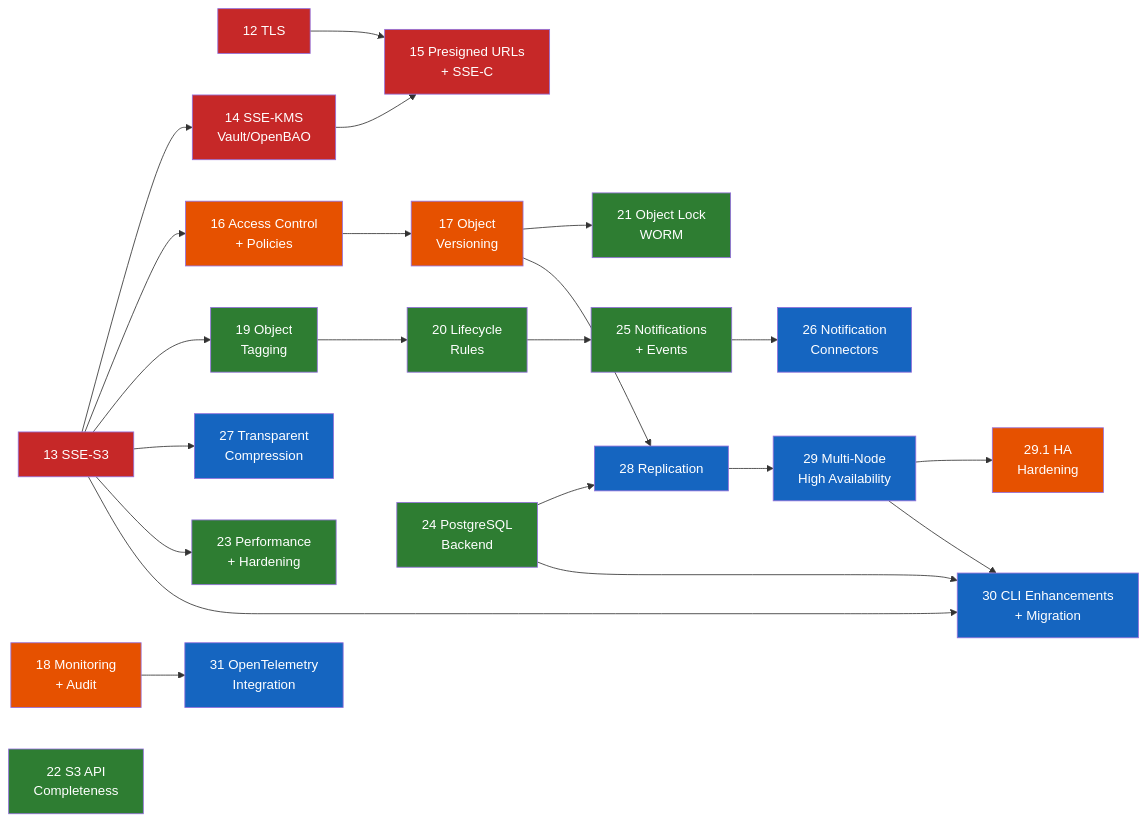
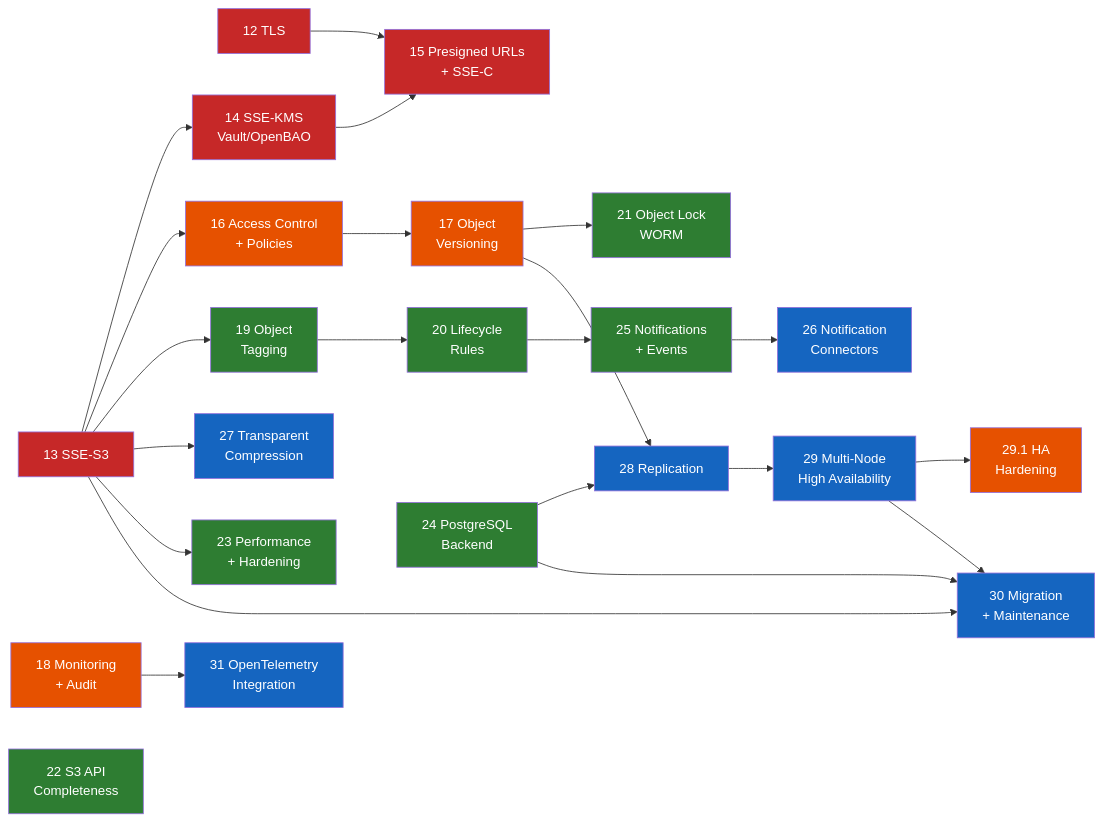
One commit to dxc-technology/arca changed the diagram in documentation/docs/roadmap.md. Above: the diagram before and after it, drawn with Mermaid. The commit also changed other lines of this file and 35 other files, not shown here.

First line of the commit message:
Phase 30 M5 (docs): roadmap, guides, admin API ref, README test table

````diff
--- a/documentation/docs/roadmap.md
+++ b/documentation/docs/roadmap.md
@@ -75,48 +75,48 @@
 ```mermaid
 graph LR
     12["12 TLS"] --> 15["15 Presigned URLs\n+ SSE-C"]
     13["13 SSE-S3"] --> 14["14 SSE-KMS\nVault/OpenBAO"]
     14 --> 15
     13 --> 16["16 Access Control\n+ Policies"]
     13 --> 19["19 Object\nTagging"]
     19 --> 20["20 Lifecycle\nRules"]
     16 --> 17["17 Object\nVersioning"]
     17 --> 21["21 Object Lock\nWORM"]
     20 --> 25["25 Notifications\n+ Events"]
     25 --> 26["26 Notification\nConnectors"]
     13 --> 27["27 Transparent\nCompression"]
     17 --> 28["28 Replication"]
     13 --> 23["23 Performance\n+ Hardening"]
     24["24 PostgreSQL\nBackend"] --> 28
     28 --> 29["29 Multi-Node\nHigh Availability"]
     29 --> H291["29.1 HA\nHardening"]
-    29 --> 30["30 CLI Enhancements\n+ Migration"]
+    29 --> 30["30 Migration\n+ Maintenance"]
     13 --> 30
     24 --> 30
     18 --> 31["31 OpenTelemetry\nIntegration"]
 
     style 12 fill:#c62828,color:#fff
     style 13 fill:#c62828,color:#fff
     style 14 fill:#c62828,color:#fff
     style 15 fill:#c62828,color:#fff
     style 16 fill:#e65100,color:#fff
     style 17 fill:#e65100,color:#fff
     style 18 fill:#e65100,color:#fff
     style 19 fill:#2e7d32,color:#fff
     style 20 fill:#2e7d32,color:#fff
     style 21 fill:#2e7d32,color:#fff
     style 22 fill:#2e7d32,color:#fff
     style 23 fill:#2e7d32,color:#fff
     style 24 fill:#2e7d32,color:#fff
     style 25 fill:#2e7d32,color:#fff
     style 26 fill:#1565c0,color:#fff
     style 27 fill:#1565c0,color:#fff
     style 28 fill:#1565c0,color:#fff
     style 29 fill:#1565c0,color:#fff
     style H291 fill:#e65100,color:#fff
     style 30 fill:#1565c0,color:#fff
     style 31 fill:#1565c0,color:#fff
 
     18["18 Monitoring\n+ Audit"]
     22["22 S3 API\nCompleteness"]
 ```
````
